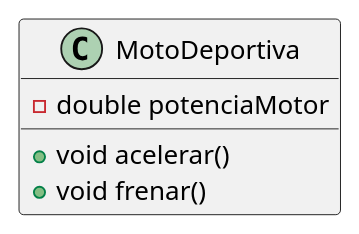
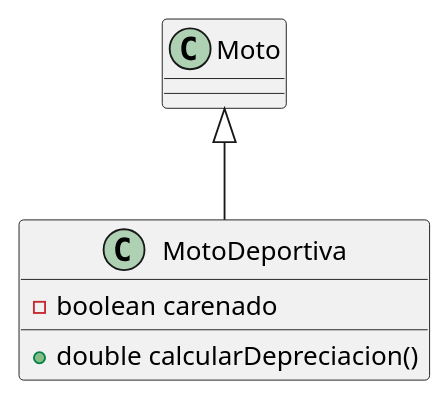
One commit to MsC254/UT5_ED_Prog changed the diagram in uml/MotoDeportiva.puml. Above: the diagram before and after it, drawn with PlantUML. The commit also changed 12 other files, not shown here.

Commit message:
Actualización de diagramas UML y archivos .puml

```diff
--- a/uml/MotoDeportiva.puml
+++ b/uml/MotoDeportiva.puml
@@ -1,8 +1,6 @@
 @startuml
-class MotoDeportiva {
-  - double potenciaMotor
-
-  + void acelerar()
-  + void frenar()
+class MotoDeportiva extends Moto {
+    - boolean carenado
+    + double calcularDepreciacion()
 }
 @enduml
```
